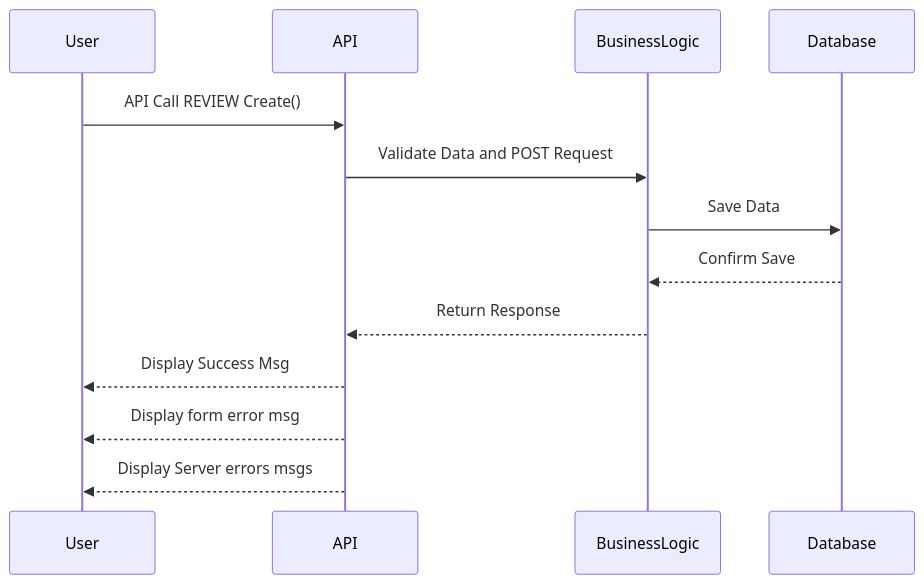
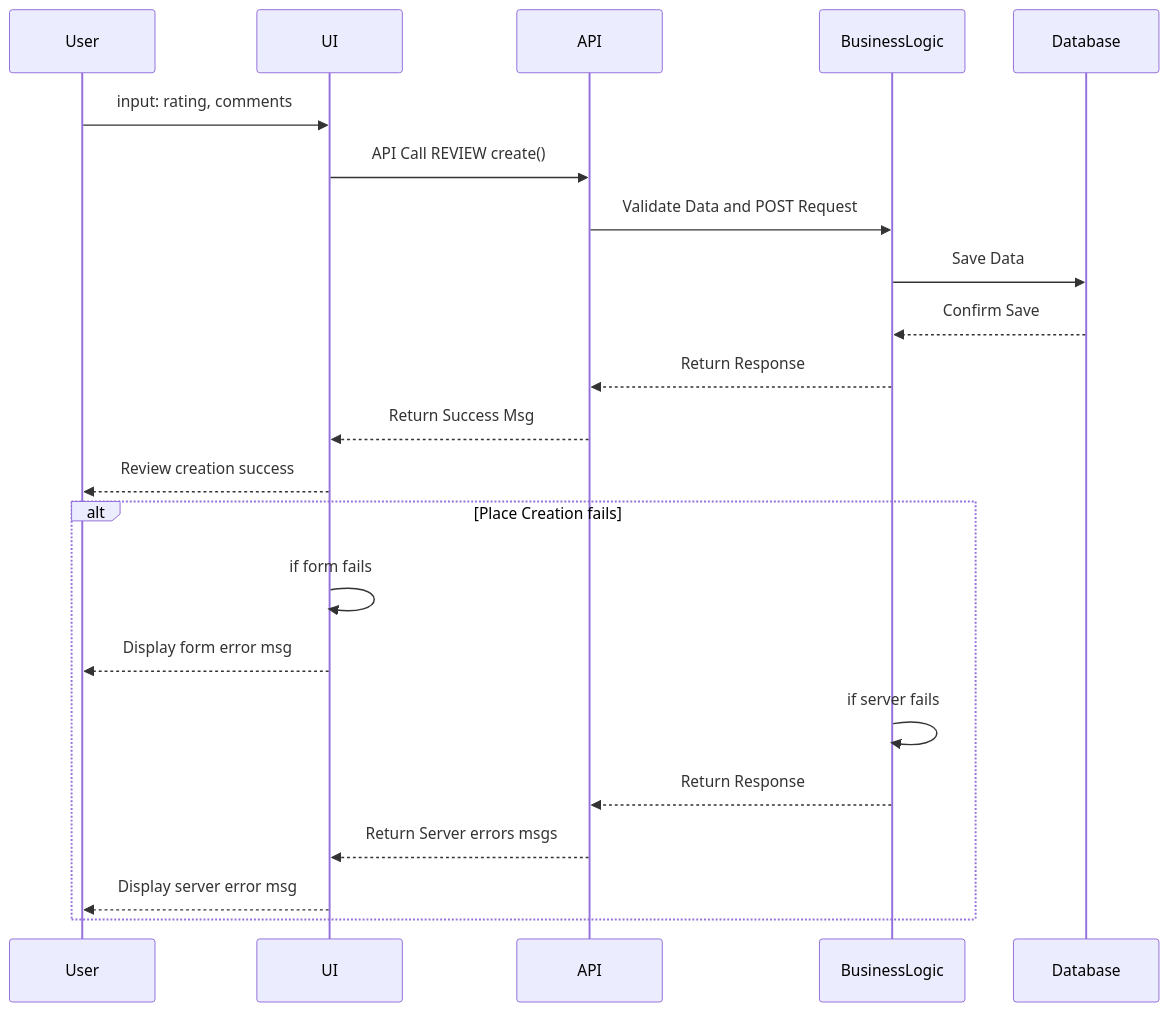
One commit to JulieRaph/holbertonschool-hbnb changed the third of 4 diagrams in part_1/sequence_diagrams.md. Above: the diagram before and after it, drawn with Mermaid. The commit also changed other lines of this file, not shown here.

Commit message:
Fix alt flows

````diff
--- a/part_1/sequence_diagrams.md
+++ b/part_1/sequence_diagrams.md
@@ -47,16 +73,25 @@
 ```mermaid
 sequenceDiagram
-participant User
-participant API
-participant BusinessLogic
-participant Database
+  participant User as User
+  participant UI as UI
+  participant API as API
+  participant BusinessLogic as BusinessLogic
+  participant Database as Database
 
-User->>API: API Call REVIEW Create()
-API->>BusinessLogic: Validate Data and POST Request
-BusinessLogic->>Database: Save Data
-Database-->>BusinessLogic: Confirm Save
-BusinessLogic-->>API: Return Response
-API -->> User: Display Success Msg
-API -->> User: Display form error msg
-API -->> User: Display Server errors msgs
+  User ->> UI: input: rating, comments
+  UI ->> API: API Call REVIEW create()
+  API ->> BusinessLogic: Validate Data and POST Request
+  BusinessLogic ->> Database: Save Data
+  Database -->> BusinessLogic: Confirm Save
+  BusinessLogic -->> API: Return Response
+  API -->> UI: Return Success Msg
+  UI -->> User: Review creation success
+  alt Place Creation fails
+    UI ->> UI: if form fails
+    UI -->> User: Display form error msg
+    BusinessLogic ->> BusinessLogic: if server fails
+    BusinessLogic -->> API: Return Response
+    API -->> UI: Return Server errors msgs
+    UI -->> User: Display server error msg
+  end
 ```
````
